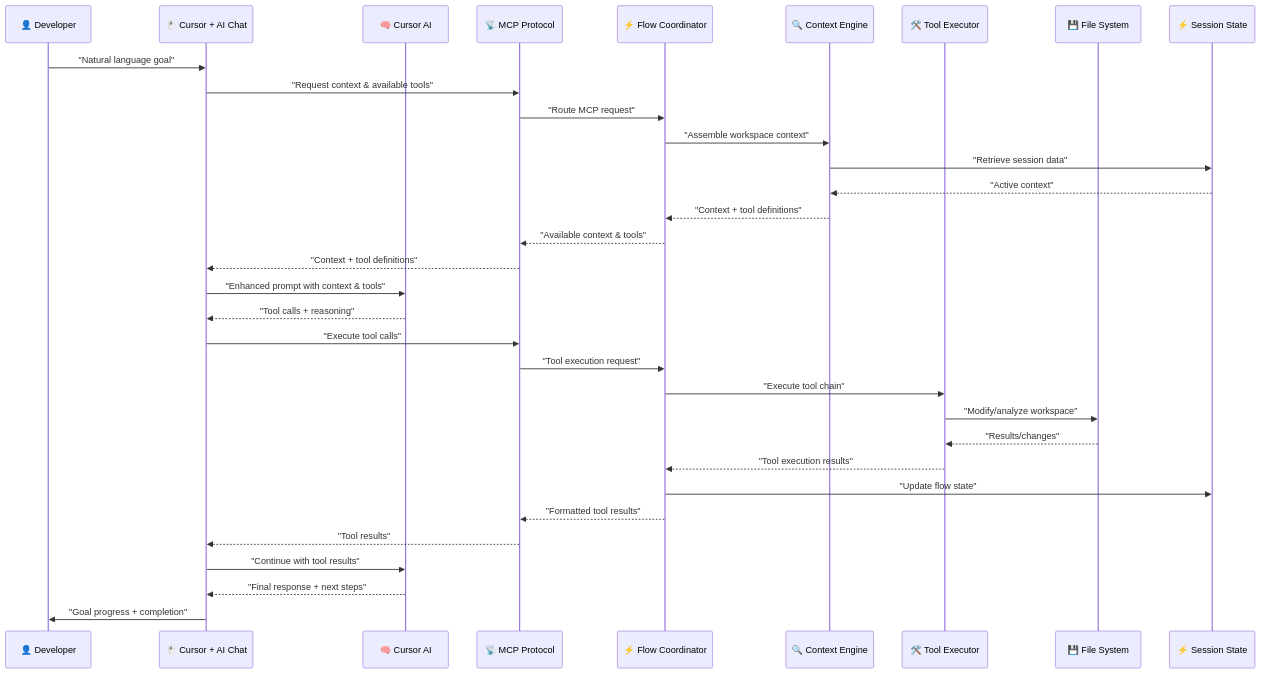
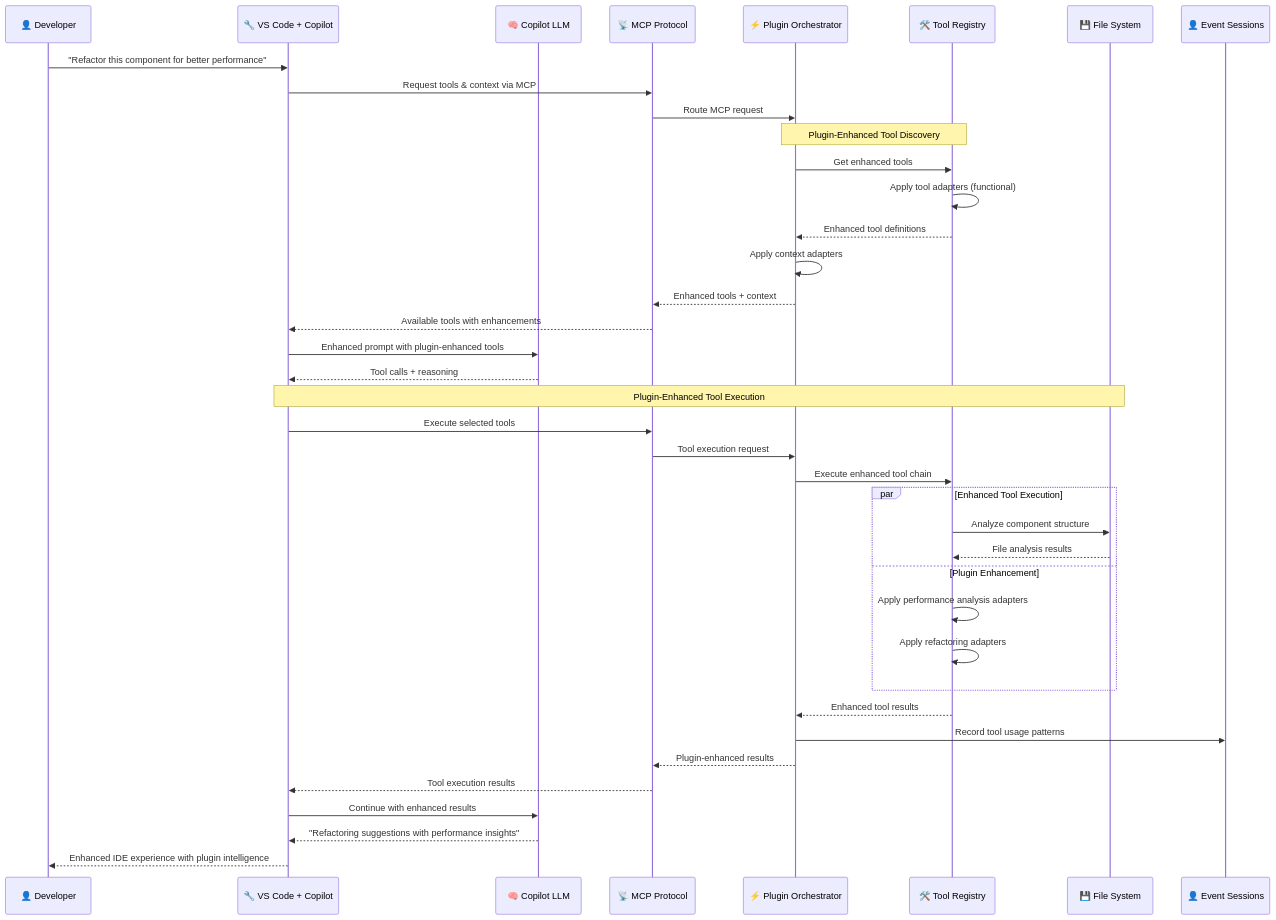
Before and after one commit to zhifengzhang-sz/mcp-server: the fifth of 9 diagrams in docs/design/flow.phase.1.md, drawn with Mermaid. The commit also changed other lines of this file and 5 other files, not shown here.

````diff
--- a/docs/design/flow.phase.1.md
+++ b/docs/design/flow.phase.1.md
@@ -197,39 +223,49 @@
 ```mermaid
 sequenceDiagram
     participant User as 👤 Developer
-    participant Cursor as 🖱️ Cursor + AI Chat
-    participant CursorLLM as 🧠 Cursor AI
+    participant VSCode as 🔧 VS Code + Copilot
+    participant CopilotLLM as 🧠 Copilot LLM
     participant MCPProtocol as 📡 MCP Protocol
-    participant FlowCoordinator as ⚡ Flow Coordinator
-    participant ContextEngine as 🔍 Context Engine
-    participant ToolExecutor as 🛠️ Tool Executor
+    participant PluginOrchestrator as ⚡ Plugin Orchestrator
+    participant ToolRegistry as 🛠️ Tool Registry
     participant FileSystem as 💾 File System
-    participant SessionState as ⚡ Session State
+    participant EventSessions as 👤 Event Sessions
     
-    User->>Cursor: "Natural language goal"
-    Cursor->>MCPProtocol: "Request context & available tools"
-    MCPProtocol->>FlowCoordinator: "Route MCP request"
-    FlowCoordinator->>ContextEngine: "Assemble workspace context"
-    ContextEngine->>SessionState: "Retrieve session data"
-    SessionState-->>ContextEngine: "Active context"
-    ContextEngine-->>FlowCoordinator: "Context + tool definitions"
-    FlowCoordinator-->>MCPProtocol: "Available context & tools"
-    MCPProtocol-->>Cursor: "Context + tool definitions"
+    User->>VSCode: "Refactor this component for better performance"
+    VSCode->>MCPProtocol: Request tools & context via MCP
+    MCPProtocol->>PluginOrchestrator: Route MCP request
     
-    Cursor->>CursorLLM: "Enhanced prompt with context & tools"
-    CursorLLM-->>Cursor: "Tool calls + reasoning"
+    Note over PluginOrchestrator, ToolRegistry: Plugin-Enhanced Tool Discovery
+    PluginOrchestrator->>ToolRegistry: Get enhanced tools
+    ToolRegistry->>ToolRegistry: Apply tool adapters (functional)
+    ToolRegistry-->>PluginOrchestrator: Enhanced tool definitions
     
-    Cursor->>MCPProtocol: "Execute tool calls"
-    MCPProtocol->>FlowCoordinator: "Tool execution request"
-    FlowCoordinator->>ToolExecutor: "Execute tool chain"
-    ToolExecutor->>FileSystem: "Modify/analyze workspace"
-    FileSystem-->>ToolExecutor: "Results/changes"
-    ToolExecutor-->>FlowCoordinator: "Tool execution results"
-    FlowCoordinator->>SessionState: "Update flow state"
-    FlowCoordinator-->>MCPProtocol: "Formatted tool results"
-    MCPProtocol-->>Cursor: "Tool results"
+    PluginOrchestrator->>PluginOrchestrator: Apply context adapters
+    PluginOrchestrator-->>MCPProtocol: Enhanced tools + context
+    MCPProtocol-->>VSCode: Available tools with enhancements
     
-    Cursor->>CursorLLM: "Continue with tool results"
-    CursorLLM-->>Cursor: "Final response + next steps"
-    Cursor->>User: "Goal progress + completion"
+    VSCode->>CopilotLLM: Enhanced prompt with plugin-enhanced tools
+    CopilotLLM-->>VSCode: Tool calls + reasoning
+    
+    Note over VSCode, FileSystem: Plugin-Enhanced Tool Execution
+    VSCode->>MCPProtocol: Execute selected tools
+    MCPProtocol->>PluginOrchestrator: Tool execution request
+    PluginOrchestrator->>ToolRegistry: Execute enhanced tool chain
+    
+    par Enhanced Tool Execution
+        ToolRegistry->>FileSystem: Analyze component structure
+        FileSystem-->>ToolRegistry: File analysis results
+    and Plugin Enhancement
+        ToolRegistry->>ToolRegistry: Apply performance analysis adapters
+        ToolRegistry->>ToolRegistry: Apply refactoring adapters
+    end
+    
+    ToolRegistry-->>PluginOrchestrator: Enhanced tool results
+    PluginOrchestrator->>EventSessions: Record tool usage patterns
+    PluginOrchestrator-->>MCPProtocol: Plugin-enhanced results
+    MCPProtocol-->>VSCode: Tool execution results
+    
+    VSCode->>CopilotLLM: Continue with enhanced results
+    CopilotLLM-->>VSCode: "Refactoring suggestions with performance insights"
+    VSCode-->>User: Enhanced IDE experience with plugin intelligence
 ```
````
